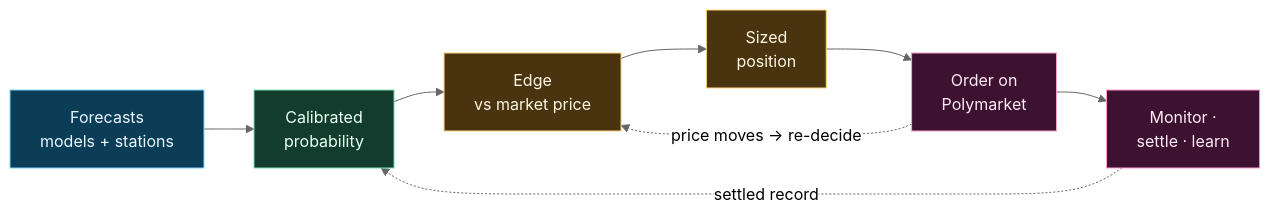
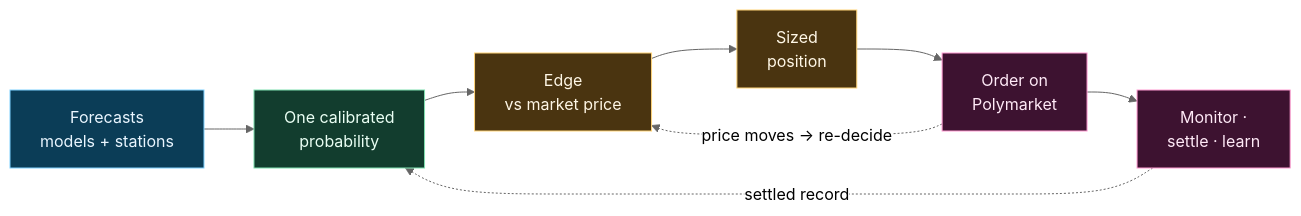
The diagram in README.md (fitz-s/zeus), drawn with Mermaid (neutral theme) before and after one commit. The commit also changed other lines of this file, not shown here.

First line of the commit message:
docs(readme): show the concrete operating flow in full, refined prose

````diff
--- a/README.md
+++ b/README.md
@@ -10,14 +11,14 @@
 ```mermaid
 flowchart LR
-    A["Forecasts<br/>models + stations"]:::a --> B["Calibrated<br/>probability"]:::b
+    A["Forecasts<br/>models + stations"]:::a --> B["One calibrated<br/>probability"]:::b
     B --> C["Edge<br/>vs market price"]:::c
     C --> D["Sized<br/>position"]:::c
     D --> E["Order on<br/>Polymarket"]:::d
     E --> F["Monitor ·<br/>settle · learn"]:::d
     F -. "settled record" .-> B
     E -. "price moves → re-decide" .-> C
     classDef a fill:#0b3d57,stroke:#7fd1ff,color:#eaf6ff;
     classDef b fill:#123d2e,stroke:#7fe0b0,color:#eafff4;
     classDef c fill:#4a3410,stroke:#ffd479,color:#fff7e6;
     classDef d fill:#3d1230,stroke:#ff9ad1,color:#ffeaf7;
 ```
````
